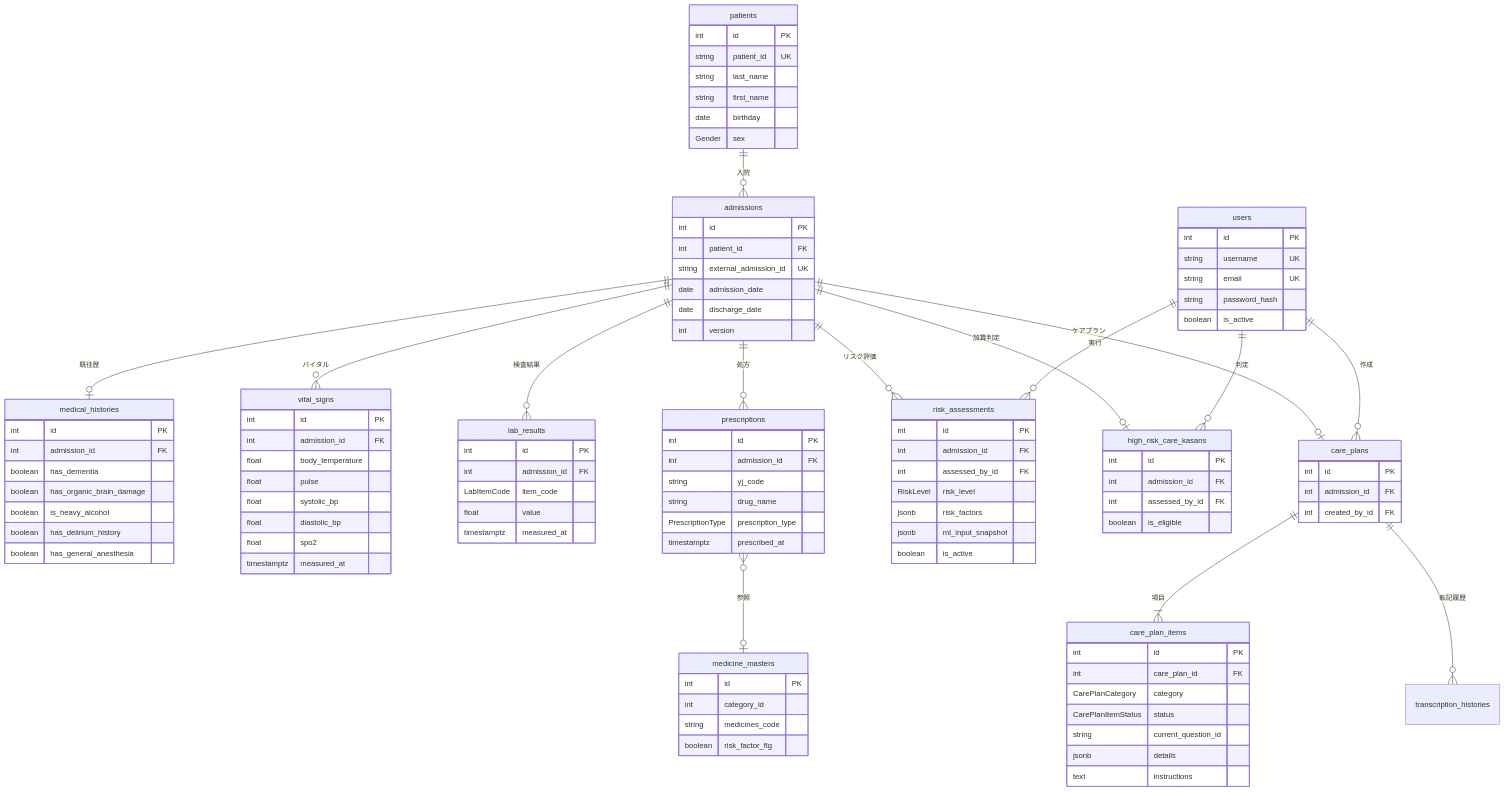
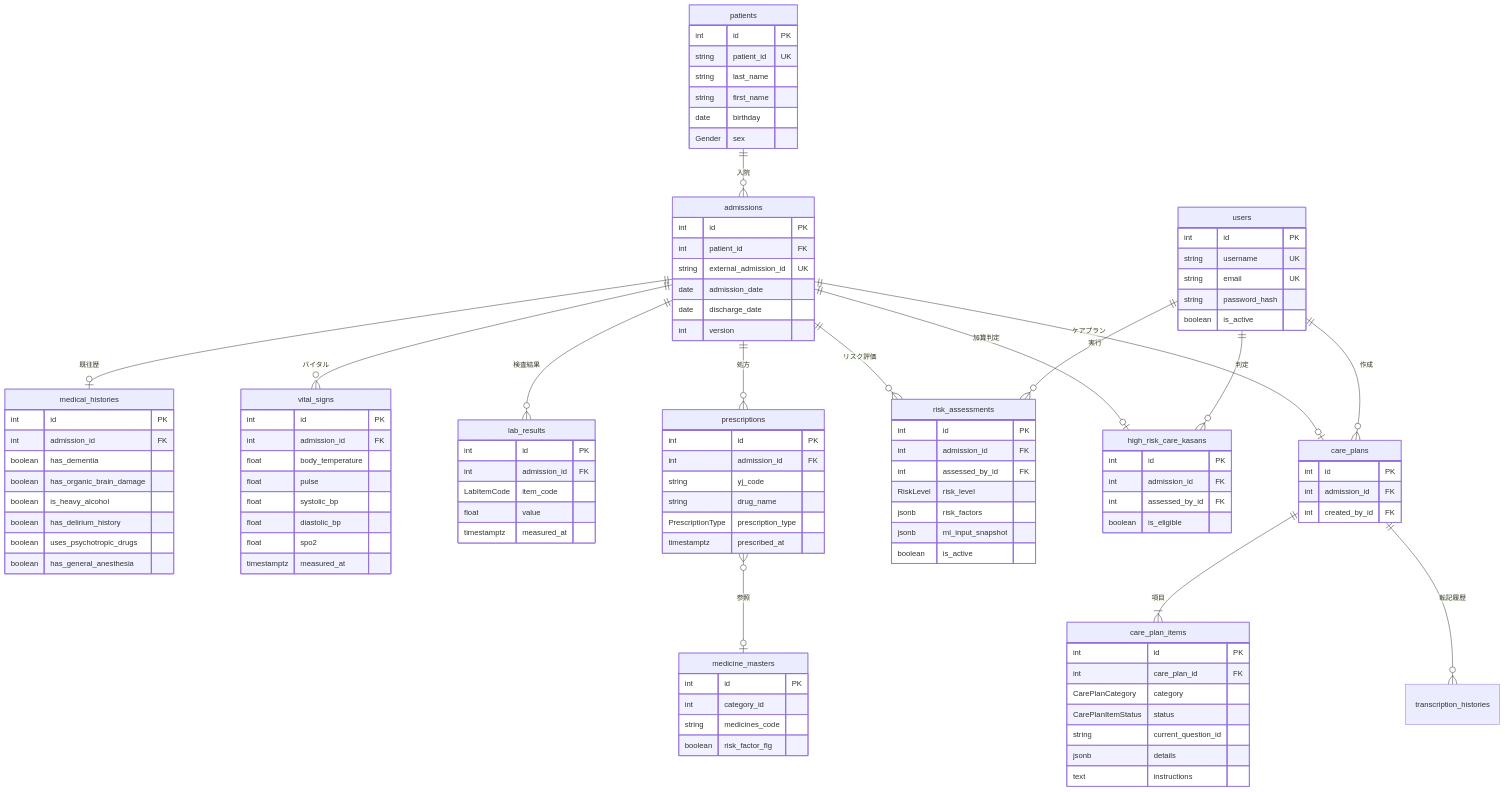
Before and after one commit to namihira-delispect/delispect-app: the first of 3 diagrams in docs/design/06_database_design.md, drawn with Mermaid. The commit also changed other lines of this file and 2 other files, not shown here.

```diff
--- a/docs/design/06_database_design.md
+++ b/docs/design/06_database_design.md
@@ -133,6 +133,7 @@
         boolean has_organic_brain_damage
         boolean is_heavy_alcohol
         boolean has_delirium_history
+        boolean uses_psychotropic_drugs
         boolean has_general_anesthesia
     }
 
```
